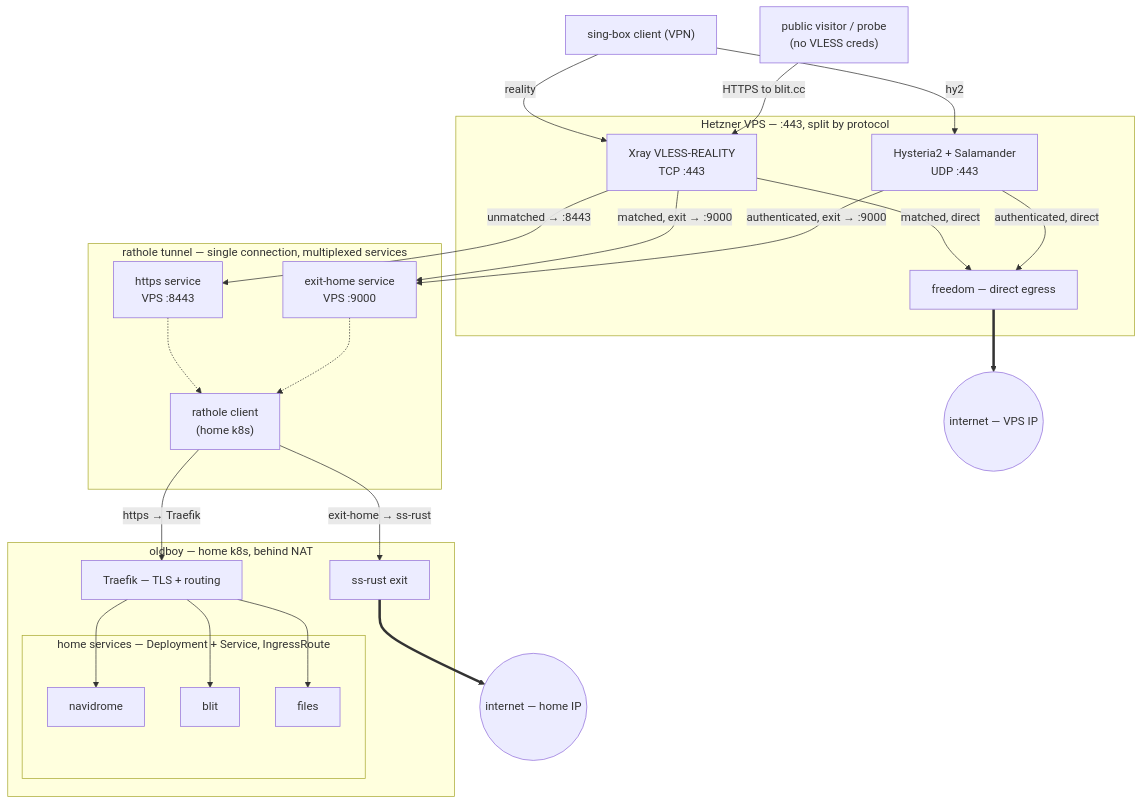
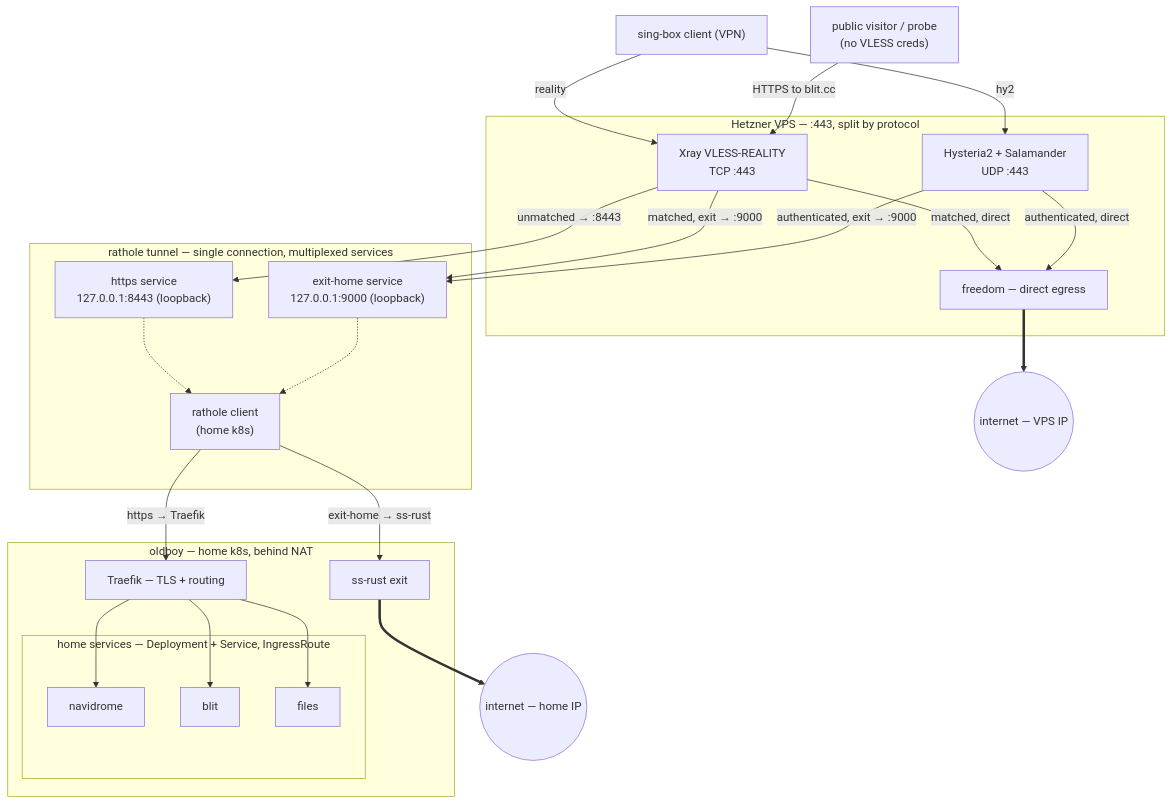
The first of 6 diagrams in docs/architecture.md (radiosilence/jaritanet), drawn with Mermaid before and after one commit. The commit also changed other lines of this file, not shown here.

First line of the commit message:
docs(architecture): label the rathole loopback binds as loopback, not public (#92)

````diff
--- a/docs/architecture.md
+++ b/docs/architecture.md
@@ -21,51 +21,51 @@
 ```mermaid
 flowchart TD
   CLIENT["sing-box client (VPN)"]
   VISITOR["public visitor / probe<br/>(no VLESS creds)"]
 
   subgraph vps["Hetzner VPS — :443, split by protocol"]
     XR["Xray VLESS-REALITY<br/>TCP :443"]
     HY["Hysteria2 + Salamander<br/>UDP :443"]
     FREE["freedom — direct egress"]
   end
 
   subgraph rh["rathole tunnel — single connection, multiplexed services"]
-    HTTPS_P["https service<br/>VPS :8443"]
-    EXIT_P["exit-home service<br/>VPS :9000"]
+    HTTPS_P["https service<br/>127.0.0.1:8443 (loopback)"]
+    EXIT_P["exit-home service<br/>127.0.0.1:9000 (loopback)"]
     RC["rathole client<br/>(home k8s)"]
     HTTPS_P -.-> RC
     EXIT_P -.-> RC
   end
 
   subgraph home["oldboy — home k8s, behind NAT"]
     TR["Traefik — TLS + routing"]
     subgraph apps["home services — Deployment + Service, IngressRoute"]
       ND["navidrome"]
       BL["blit"]
       FS["files"]
     end
     SS["ss-rust exit"]
     TR --> ND
     TR --> BL
     TR --> FS
   end
 
   VPSIP(("internet — VPS IP"))
   HOMEIP(("internet — home IP"))
 
   CLIENT -->|reality| XR
   CLIENT -->|hy2| HY
   VISITOR -->|"HTTPS to blit.cc"| XR
 
   XR -->|"unmatched → :8443"| HTTPS_P
   XR -->|"matched, direct"| FREE
   XR -->|"matched, exit → :9000"| EXIT_P
   HY -->|"authenticated, direct"| FREE
   HY -->|"authenticated, exit → :9000"| EXIT_P
 
   RC -->|"https → Traefik"| TR
   RC -->|"exit-home → ss-rust"| SS
 
   FREE ==> VPSIP
   SS ==> HOMEIP
 ```
````
